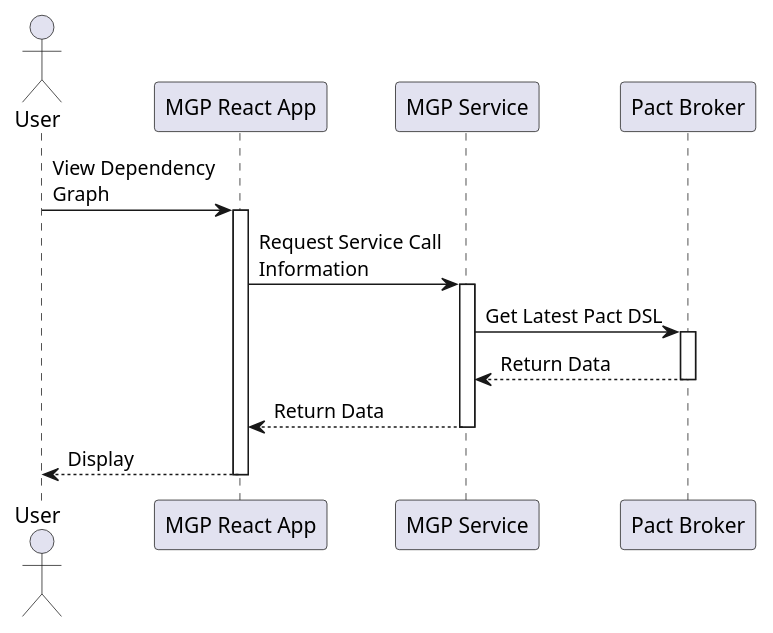
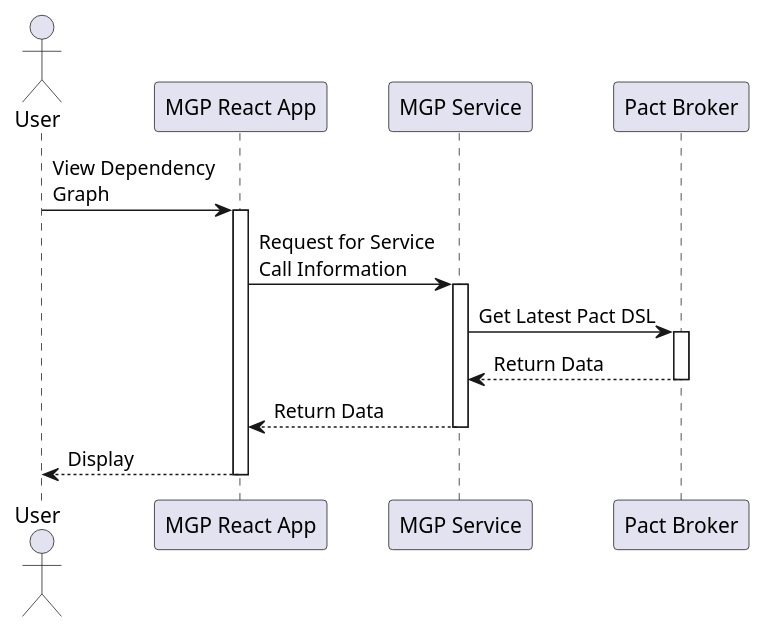
The diagram in diagram/sequence/pactbroker.puml (b4456609/mgp-back), drawn with PlantUML before and after one commit.

```diff
--- a/diagram/sequence/pactbroker.puml
+++ b/diagram/sequence/pactbroker.puml
@@ -1,27 +1,23 @@
 @startuml
 actor User
 participant "MGP React App" as A
 participant "MGP Service" as B
 participant "Pact Broker" as C
 
 User -> A: View Dependency\nGraph
 activate A
 
-A -> B: Request Service Call\nInformation
+A -> B: Request for Service\nCall Information
 activate B
 
 B -> C: Get Latest Pact DSL
 activate C
 B <-- C: Return Data
 deactivate C
 
 B --> A: Return Data
 deactivate B
 
 A --> User: Display
 deactivate A
-
-
-
-
 @enduml
```
